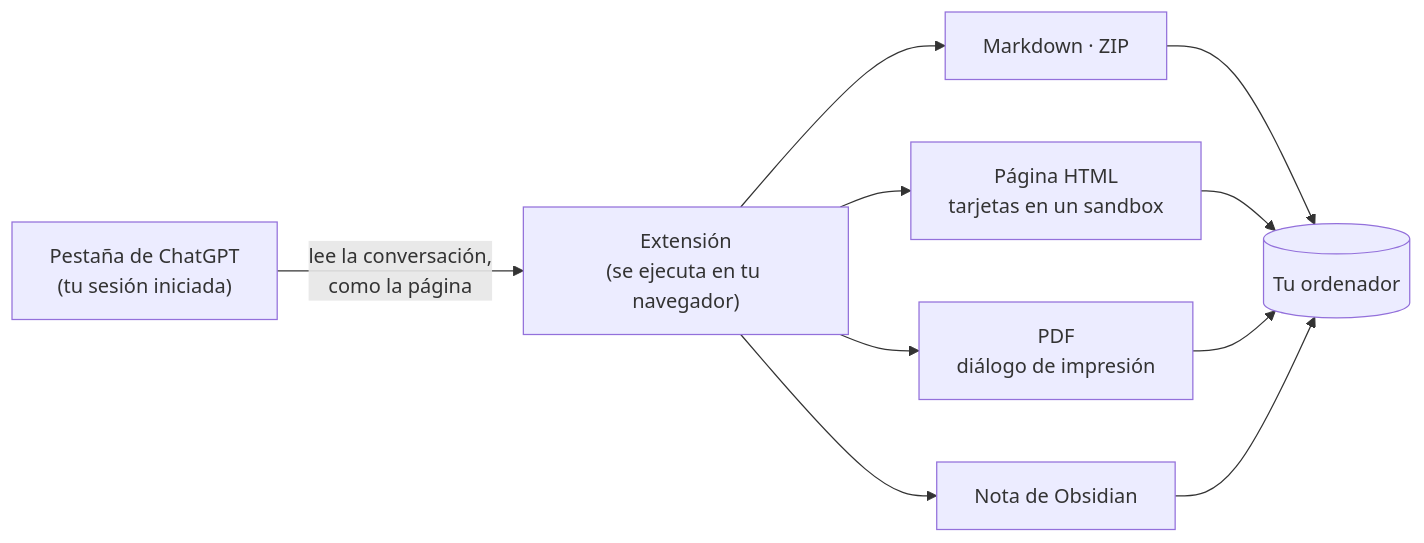
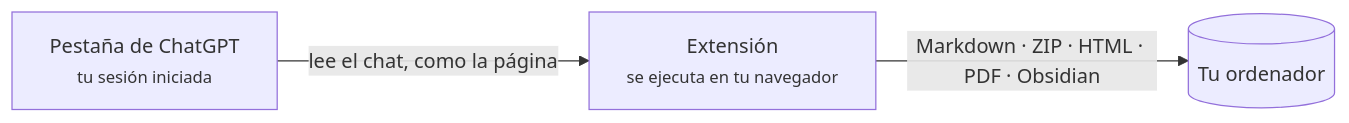
The diagram in docs/readme/README.es.md (letheli710/chat-intelligent-ui-exporter), drawn with Mermaid before and after one commit. The commit also changed 15 other files, not shown here.

First line of the commit message:
0.11.41: the how-it-works diagram as one row, so GitHub shows it whole

````diff
--- a/docs/readme/README.es.md
+++ b/docs/readme/README.es.md
@@ -126,9 +126,5 @@
 ```mermaid
 flowchart LR
-    A["Pestaña de ChatGPT<br/>(tu sesión iniciada)"] -->|lee la conversación,<br/>como la página| B["Extensión<br/>(se ejecuta en tu navegador)"]
-    B --> C["Markdown · ZIP"]
-    B --> D["Página HTML<br/>tarjetas en un sandbox"]
-    B --> E["PDF<br/>diálogo de impresión"]
-    B --> F["Nota de Obsidian"]
-    C & D & E & F --> G[("Tu ordenador")]
+    A["Pestaña de ChatGPT<br/><small>tu sesión iniciada</small>"] -->|lee el chat, como la página| B["Extensión<br/><small>se ejecuta en tu navegador</small>"]
+    B -->|"Markdown · ZIP · HTML · PDF · Obsidian"| C[("Tu ordenador")]
 ```
````
